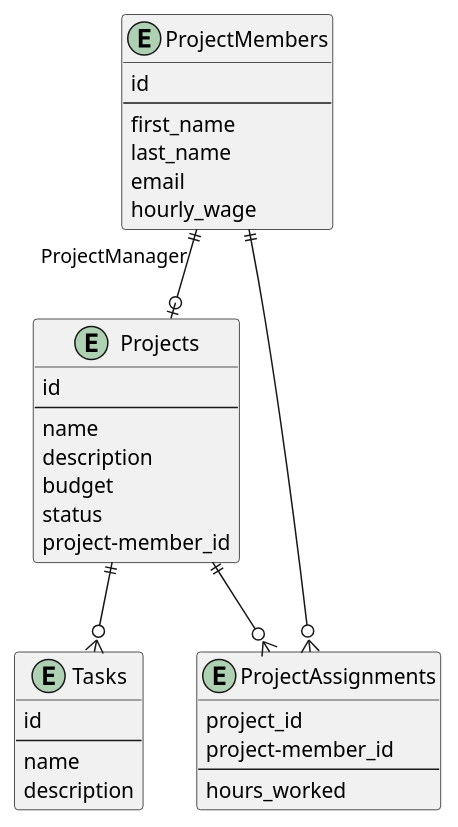
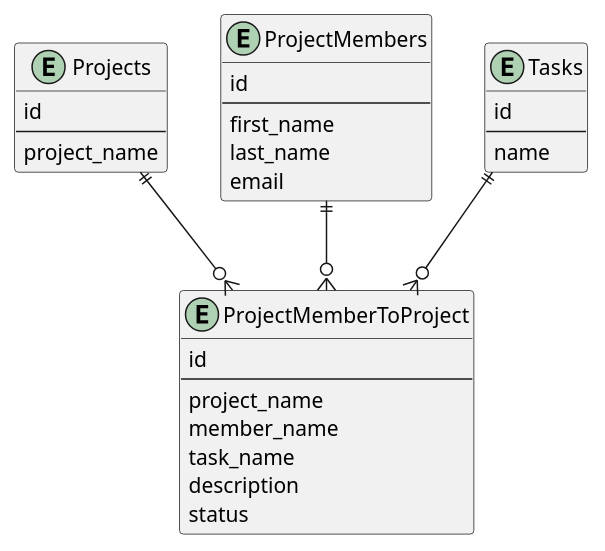
One commit to Ellaoui94/pgr203eksamen-eirik124 changed the diagram in docs/database_structure.puml. Above: the diagram before and after it, drawn with PlantUML. The commit also changed 1 other file, not shown here.

Commit message:
updated sql uml diagram

```diff
--- a/docs/database_structure.puml
+++ b/docs/database_structure.puml
@@ -1,39 +1,35 @@
 @startuml
 entity Projects {
     id
     --
-    name
-    description
-    budget
-    status
-    project-member_id
+    project_name
 }
 
 entity ProjectMembers {
     id
     --
     first_name
     last_name
     email
-    hourly_wage
 }
 
 entity Tasks {
     id
     --
     name
-    description
 }
 
-entity ProjectAssignments {
-    project_id
-    project-member_id
+entity ProjectMemberToProject {
+    id
     --
-    hours_worked
+    project_name
+    member_name
+    task_name
+    description
+    status
 }
 
-Projects ||--o{ Tasks
-Projects ||--o{ ProjectAssignments
-ProjectMembers "ProjectManager" ||--o| Projects
-ProjectMembers ||--o{ ProjectAssignments
+Projects ||--o{ ProjectMemberToProject
+ProjectMembers ||--o{ ProjectMemberToProject
+Tasks ||--o{ ProjectMemberToProject
 @enduml
```
